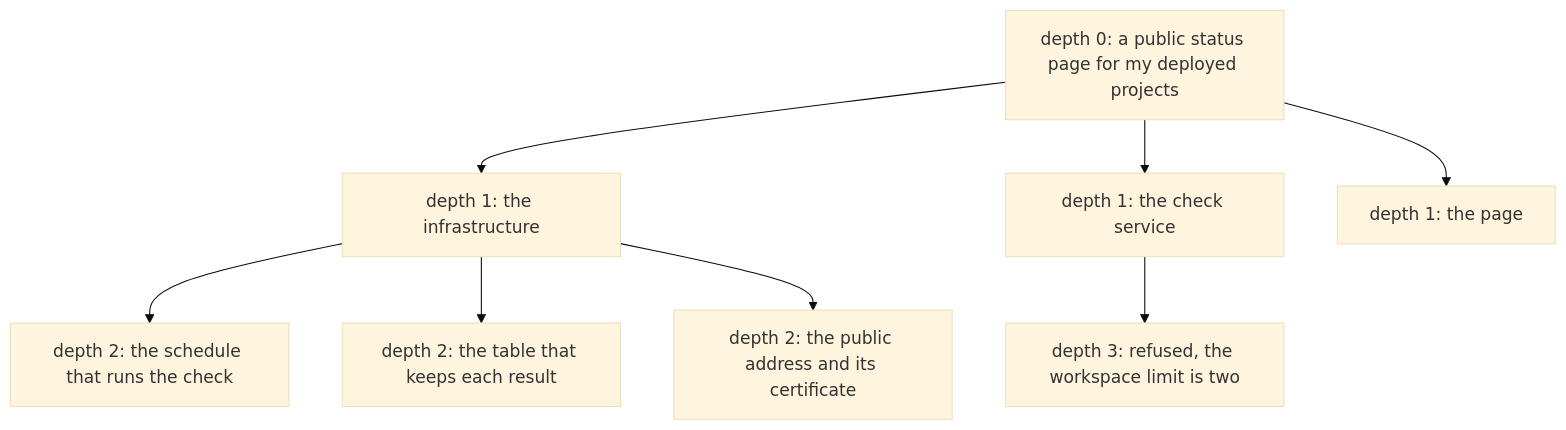
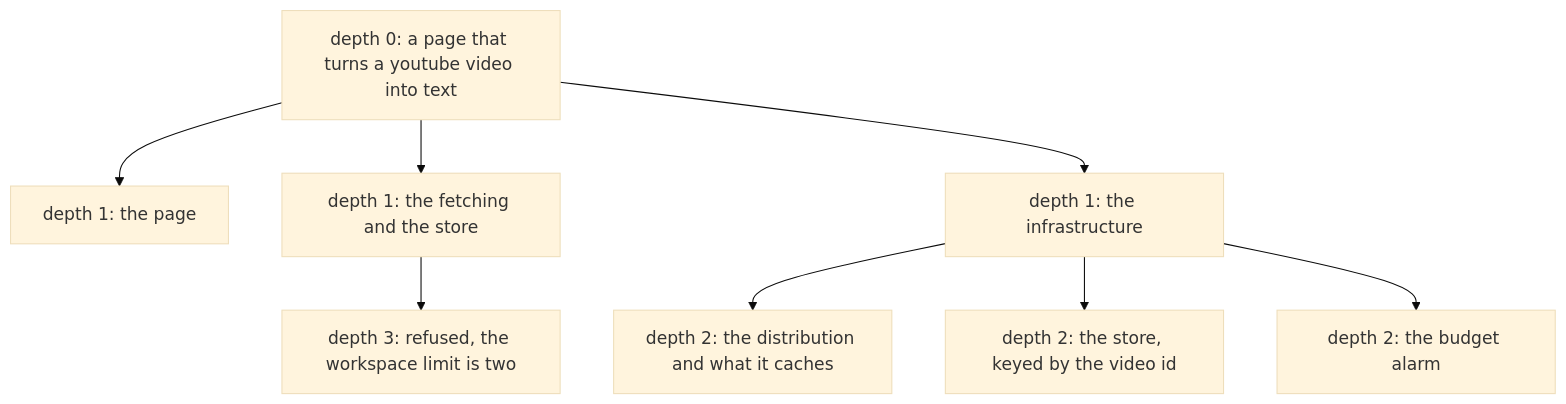
One commit to atlantic-blue/quay-crew changed the second of 3 diagrams in docs/ACCEPTANCE-PROJECT.md. Above: the diagram before and after it, drawn with Mermaid (base theme). The commit also changed other lines of this file, not shown here.

Commit message:
docs: the acceptance project is a transcript site, not a status page (#439)

````diff
--- a/docs/ACCEPTANCE-PROJECT.md
+++ b/docs/ACCEPTANCE-PROJECT.md
@@ -85,11 +150,11 @@
 ```mermaid
 flowchart TD
-    ROOT["depth 0: a public status page for my deployed projects"]
+    ROOT["depth 0: a page that turns a youtube video into text"]
+    ROOT --> PAGE["depth 1: the page"]
+    ROOT --> FETCH["depth 1: the fetching and the store"]
     ROOT --> INFRA["depth 1: the infrastructure"]
-    ROOT --> SVC["depth 1: the check service"]
-    ROOT --> PAGE["depth 1: the page"]
-    INFRA --> SCHED["depth 2: the schedule that runs the check"]
-    INFRA --> STORE["depth 2: the table that keeps each result"]
-    INFRA --> HOST["depth 2: the public address and its certificate"]
-    SVC --> DEEP["depth 3: refused, the workspace limit is two"]
+    INFRA --> DIST["depth 2: the distribution and what it caches"]
+    INFRA --> TABLE["depth 2: the store, keyed by the video id"]
+    INFRA --> ALARM["depth 2: the budget alarm"]
+    FETCH --> DEEP["depth 3: refused, the workspace limit is two"]
 ```
````
